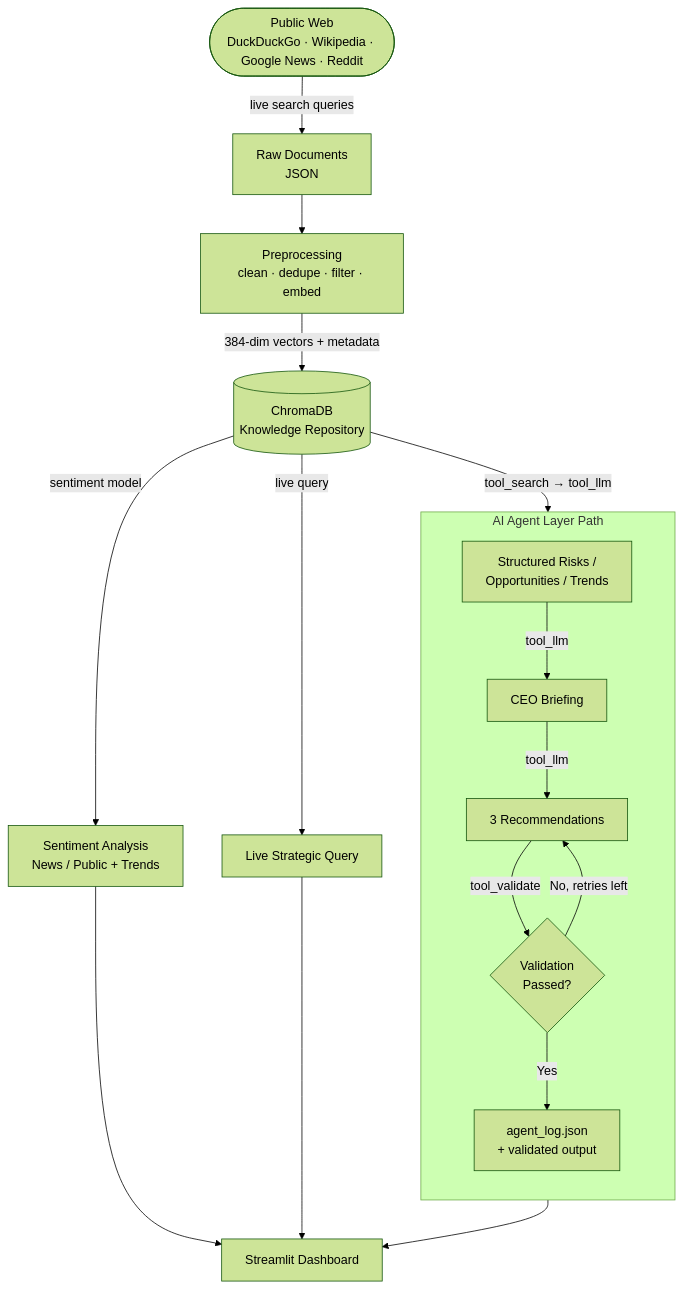
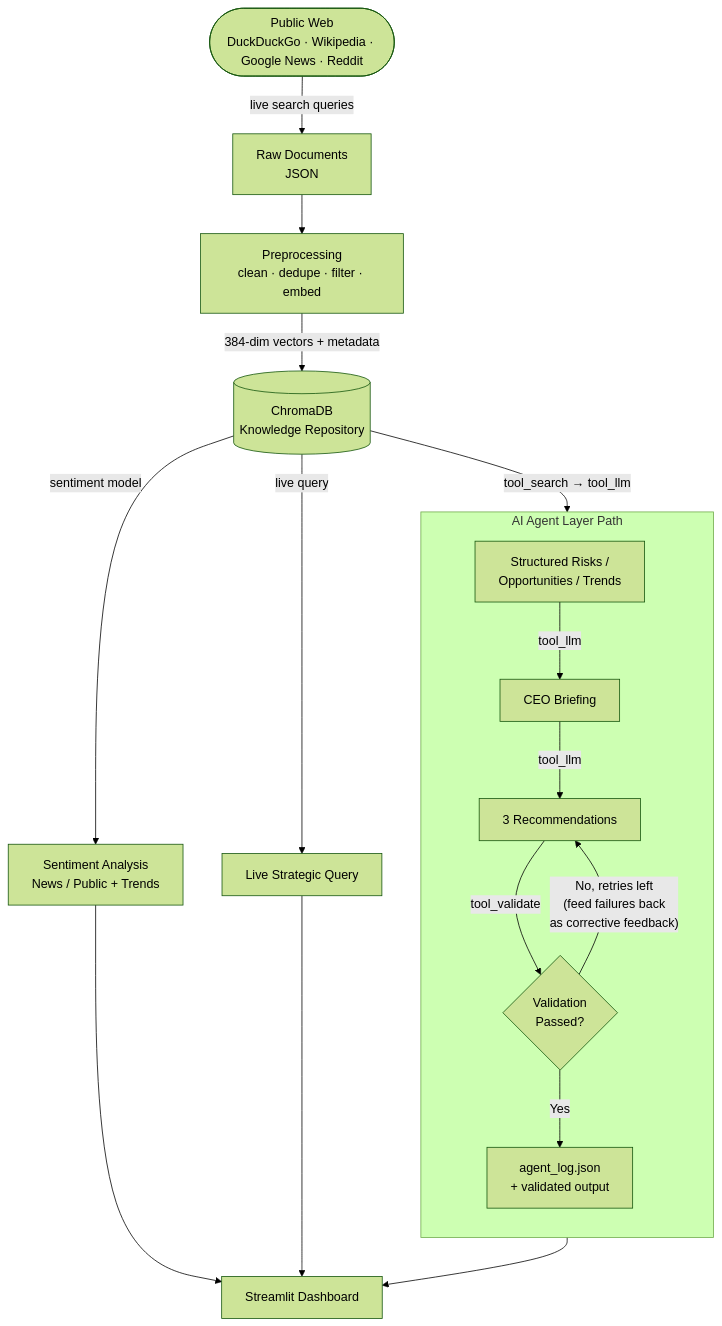
One commit to namrata1104/NLP-project changed the second of 2 diagrams in README.md. Above: the diagram before and after it, drawn with Mermaid (forest theme). The commit also changed other lines of this file, not shown here.

````diff
--- a/README.md
+++ b/README.md
@@ -85,37 +91,37 @@
 ```mermaid
 flowchart TB
     Web([Public Web<br/>DuckDuckGo · Wikipedia · Google News · Reddit])
     Raw[Raw Documents<br/>JSON]
     Prep[Preprocessing<br/>clean · dedupe · filter · embed]
     Chroma[(ChromaDB<br/>Knowledge Repository)]
 
     Web -->|live search queries| Raw
     Raw --> Prep
     Prep -->|384-dim vectors + metadata| Chroma
 
     subgraph Agent["AI Agent Layer Path"]
         direction TB
         AG1[Structured Risks /<br/>Opportunities / Trends]
         AG2[CEO Briefing]
         AG3[3 Recommendations]
         AGV{Validation<br/>Passed?}
         AG4[agent_log.json<br/>+ validated output]
         AG1 -->|tool_llm| AG2
         AG2 -->|tool_llm| AG3
         AG3 -->|tool_validate| AGV
-        AGV -->|No, retries left| AG3
+        AGV -->|"No, retries left<br/>(feed failures back<br/>as corrective feedback)"| AG3
         AGV -->|Yes| AG4
     end
 
     Sent[Sentiment Analysis<br/>News / Public + Trends]
     Live[Live Strategic Query]
     Dashboard[Streamlit Dashboard]
 
     Chroma -->|tool_search → tool_llm| AG1
     Chroma -->|sentiment model| Sent
     Chroma -->|live query| Live
 
     AG4 --> Dashboard
     Sent --> Dashboard
     Live --> Dashboard
 ```
````
